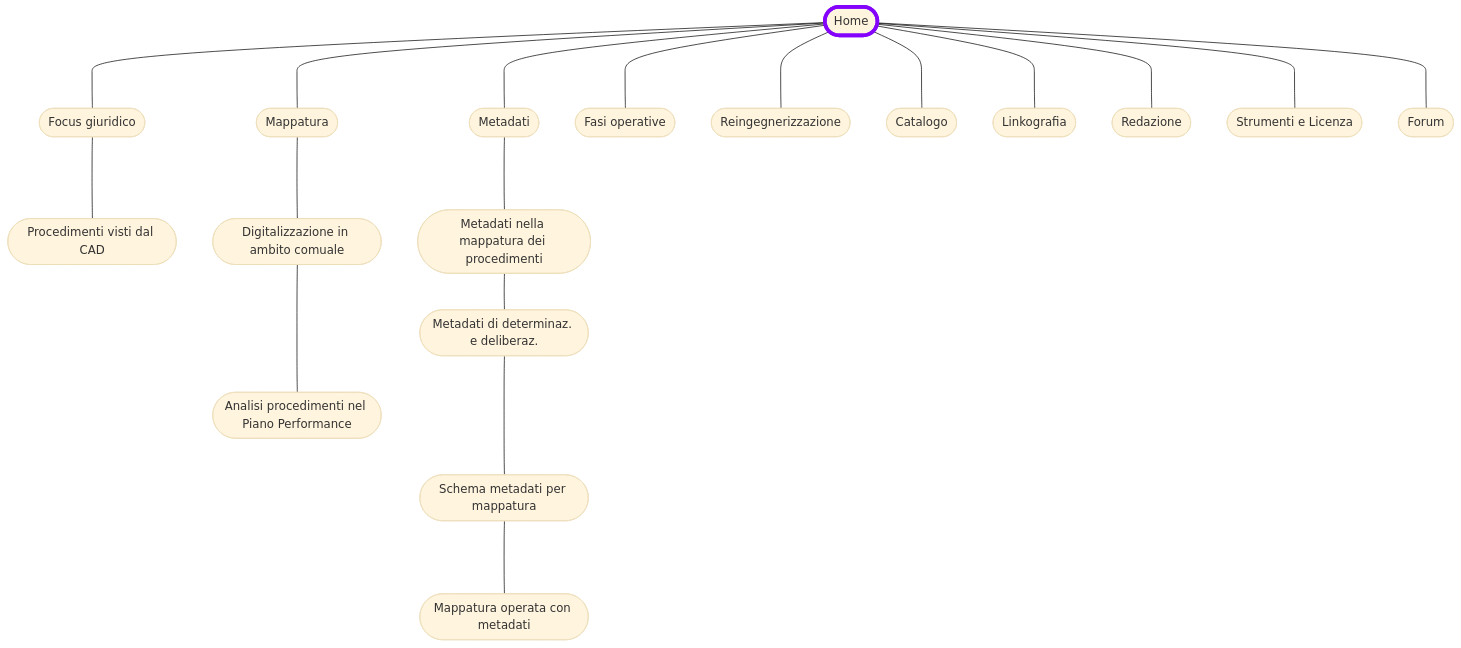
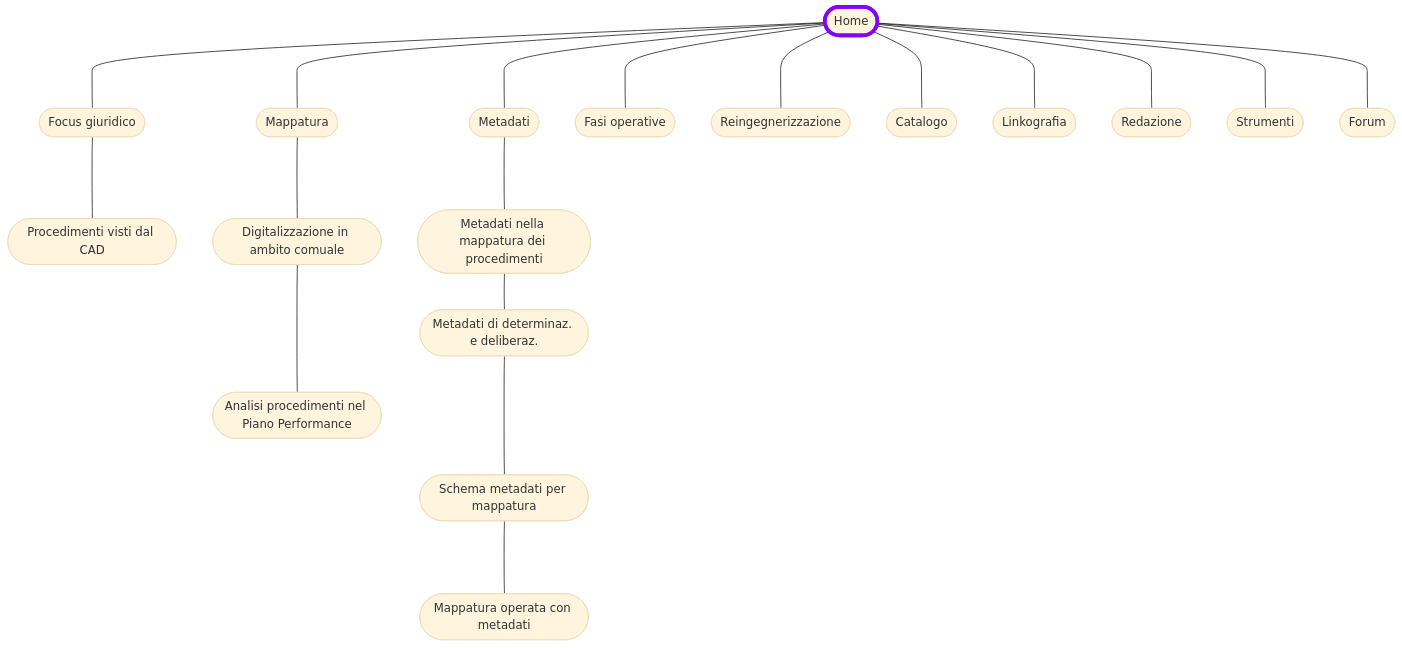
Before and after one commit to UO-TransizioneDigitaleComunePalermo/mappatura-procedimenti-amministrativi: the second of 2 diagrams in docs/index.md, drawn with Mermaid (base theme).

````diff
--- a/docs/index.md
+++ b/docs/index.md
@@ -48,40 +48,40 @@
 ``` mermaid
 graph TB
 A([Home])
 A ---- B([Focus giuridico]);
 A ---- C([Mappatura]);
 A ---- D([Metadati]);
 A ---- E([Fasi operative]);
 A ---- M([Reingegnerizzazione])
 A ---- F([Catalogo]);
 A ---- G([Linkografia]);
 A ---- H([Redazione]);
-A ---- I([Strumenti e Licenza]);
+A ---- I([Strumenti]);
 A ---- L([Forum]);
 B ---- B1([Procedimenti visti dal CAD]);
 C ---- C1([Digitalizzazione in ambito comuale]);
 C1 ---- C2([Analisi procedimenti nel Piano Performance]);
 D ---- D1([Metadati nella mappatura dei procedimenti]);
 D1 --- D2([Metadati di determinaz. e deliberaz.]);
 D2 ---- D3([Schema metadati per mappatura]);
 D3 ---- D4([Mappatura operata con metadati]);
 click A "https://uo-transizionedigitalecomunepalermo.github.io/mappatura-procedimenti-amministrativi/" _blank
 click B "https://uo-transizionedigitalecomunepalermo.github.io/mappatura-procedimenti-amministrativi/contenuti/focus-giuridico/" _blank
 click B1 "https://uo-transizionedigitalecomunepalermo.github.io/mappatura-procedimenti-amministrativi/contenuti/cad/" _blank
 click C "https://uo-transizionedigitalecomunepalermo.github.io/mappatura-procedimenti-amministrativi/contenuti/digitalizzazione-ambito-comunale/" _blank
 click C1 "https://uo-transizionedigitalecomunepalermo.github.io/mappatura-procedimenti-amministrativi/contenuti/digitalizzazione-ambito-comunale/" _blank
 click C2 "https://uo-transizionedigitalecomunepalermo.github.io/mappatura-procedimenti-amministrativi/contenuti/esperienza-analisi/" _blank
 click D "https://uo-transizionedigitalecomunepalermo.github.io/mappatura-procedimenti-amministrativi/contenuti/metadati/" _blank
 click D1 "https://uo-transizionedigitalecomunepalermo.github.io/mappatura-procedimenti-amministrativi/contenuti/metadati/" _blank
 click D2 "https://uo-transizionedigitalecomunepalermo.github.io/mappatura-procedimenti-amministrativi/contenuti/metadati-determinazione-deliberazione/" _blank
 click D3 "https://uo-transizionedigitalecomunepalermo.github.io/mappatura-procedimenti-amministrativi/contenuti/schema-metadati/" _blank
 click D4 "https://uo-transizionedigitalecomunepalermo.github.io/mappatura-procedimenti-amministrativi/contenuti/esperienza-metadatazione/" _blank
 click E "https://uo-transizionedigitalecomunepalermo.github.io/mappatura-procedimenti-amministrativi/contenuti/fasi-operative/" _blank
 click F "https://uo-transizionedigitalecomunepalermo.github.io/mappatura-procedimenti-amministrativi/contenuti/catalogo/" _blank
 click G "https://uo-transizionedigitalecomunepalermo.github.io/mappatura-procedimenti-amministrativi/contenuti/linkografia/" _blank
 click H "https://uo-transizionedigitalecomunepalermo.github.io/mappatura-procedimenti-amministrativi/contenuti/redazione/" _blank
 click I "https://uo-transizionedigitalecomunepalermo.github.io/mappatura-procedimenti-amministrativi/contenuti/strumenti/" _blank
 click L "https://github.com/UO-TransizioneDigitaleComunePalermo/mappatura-procedimenti-amministrativi/discussions" _blank
 click M "https://uo-transizionedigitalecomunepalermo.github.io/mappatura-procedimenti-amministrativi/contenuti/reingegnerizzazione/" _blank
 style A stroke:#8403fc,stroke-width:5px  
 ```
````
